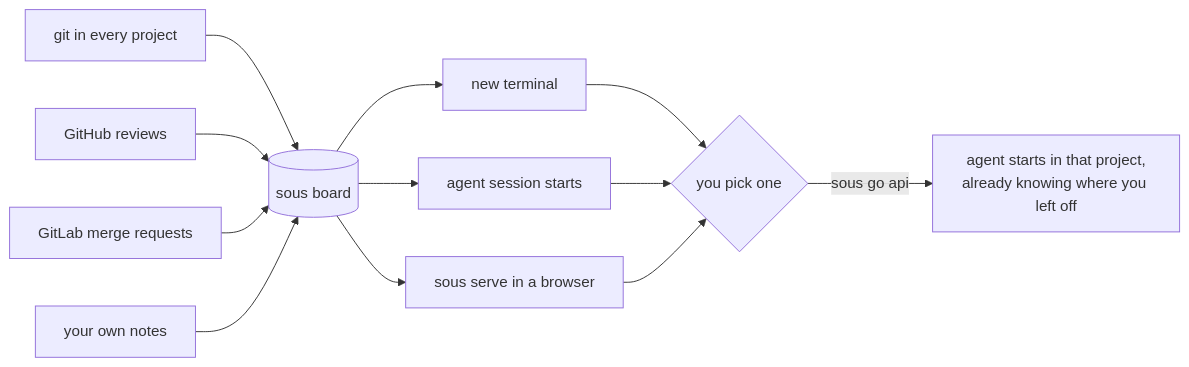
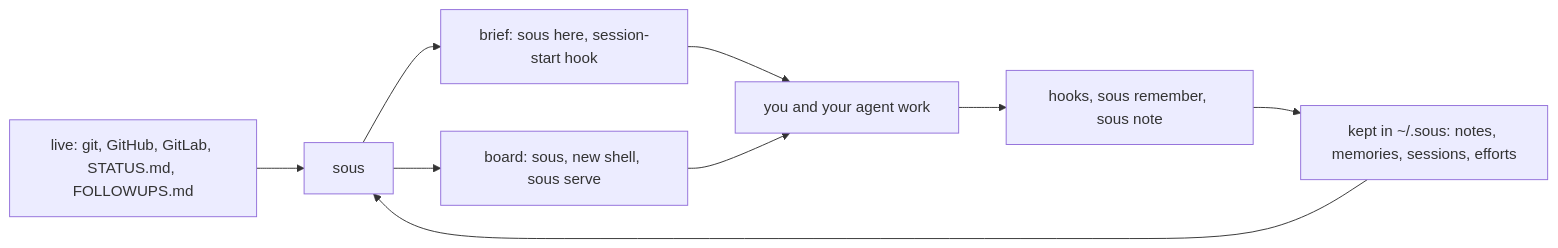
Before and after one commit to bilal-/sous: the diagram in README.md, drawn with Mermaid. The commit also changed other lines of this file and 16 other files, not shown here.

First line of the commit message:
Release v0.28.1: branch session restore, status deduplication and brand refresh

````diff
--- a/README.md
+++ b/README.md
@@ -72,14 +108,11 @@
 ```mermaid
 flowchart LR
-    git[git in every project] --> sous
-    gh[GitHub reviews] --> sous
-    gl[GitLab merge requests] --> sous
-    notes[your own notes] --> sous
-    sous[(sous board)] --> shell[new terminal]
-    sous --> agent[agent session starts]
-    sous --> web[sous serve in a browser]
-    shell --> pick{you pick one}
-    agent --> pick
-    web --> pick
-    pick -->|sous go api| work[agent starts in that project,<br/>already knowing where you left off]
+    live["live: git, GitHub, GitLab, STATUS.md, FOLLOWUPS.md"] --> sous["sous"]
+    kept["kept in ~/.sous: notes, memories, sessions, efforts"] --> sous
+    sous --> brief["brief: sous here, session-start hook"]
+    sous --> board["board: sous, new shell, sous serve"]
+    brief --> work["you and your agent work"]
+    board --> work
+    work --> capture["hooks, sous remember, sous note"]
+    capture --> kept
 ```
````
